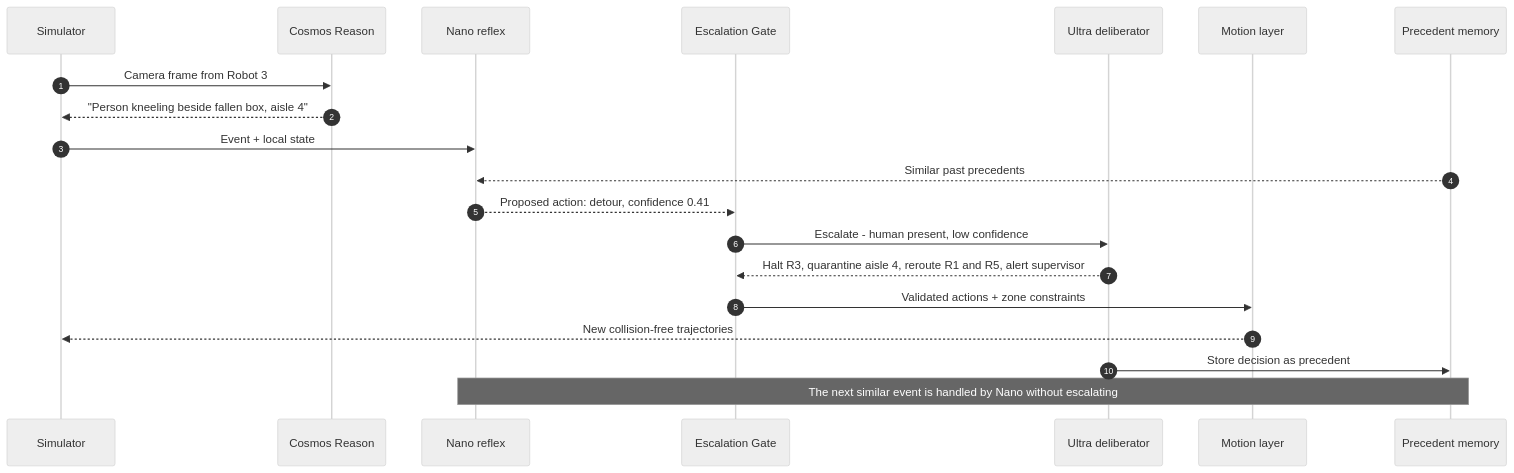
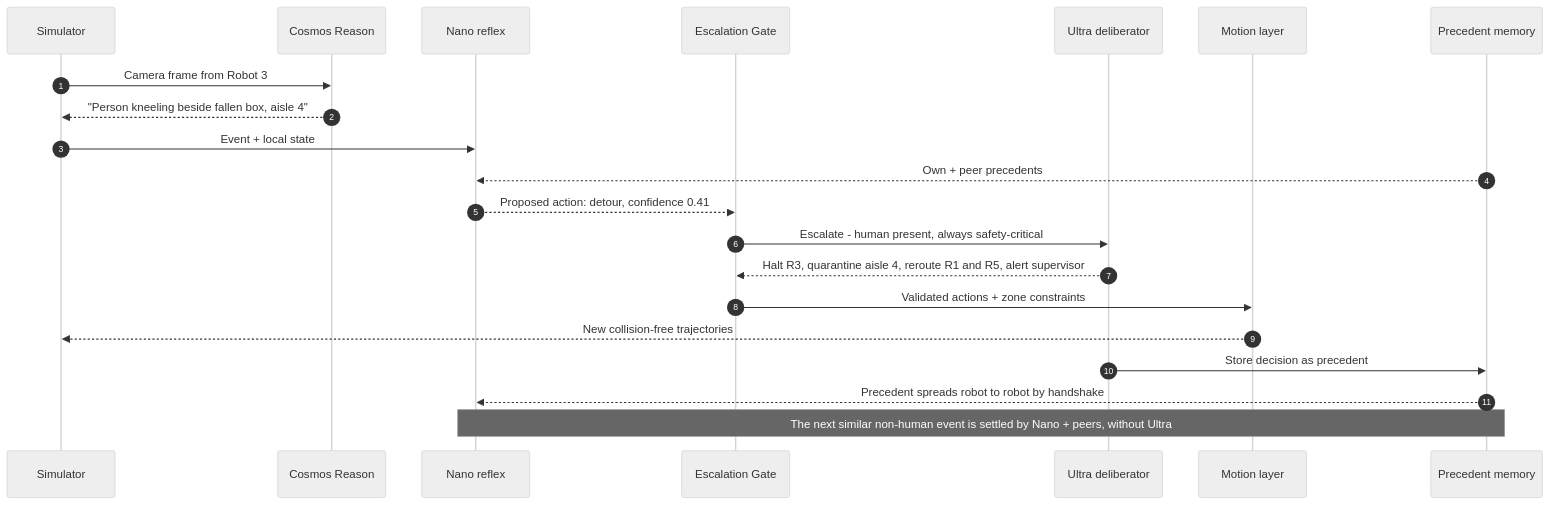
Before and after one commit to gretchenboria/NemoFleet: the fourth of 6 diagrams in docs/ARCHITECTURE.md, drawn with Mermaid (neutral theme). The commit also changed other lines of this file and 3 other files, not shown here.

First line of the commit message:
Add peer learning layer (Options A + B) to the architecture

````diff
--- a/docs/ARCHITECTURE.md
+++ b/docs/ARCHITECTURE.md
@@ -75,23 +143,24 @@
 ```mermaid
 sequenceDiagram
     autonumber
     participant S as Simulator
     participant C as Cosmos Reason
     participant N as Nano reflex
     participant G as Escalation Gate
     participant U as Ultra deliberator
     participant M as Motion layer
     participant P as Precedent memory
 
     S->>C: Camera frame from Robot 3
     C-->>S: "Person kneeling beside fallen box, aisle 4"
     S->>N: Event + local state
-    P-->>N: Similar past precedents
+    P-->>N: Own + peer precedents
     N-->>G: Proposed action: detour, confidence 0.41
-    G->>U: Escalate - human present, low confidence
+    G->>U: Escalate - human present, always safety-critical
     U-->>G: Halt R3, quarantine aisle 4, reroute R1 and R5, alert supervisor
     G->>M: Validated actions + zone constraints
     M-->>S: New collision-free trajectories
     U->>P: Store decision as precedent
-    Note over N,P: The next similar event is handled by Nano without escalating
+    P-->>N: Precedent spreads robot to robot by handshake
+    Note over N,P: The next similar non-human event is settled by Nano + peers, without Ultra
 ```
````
